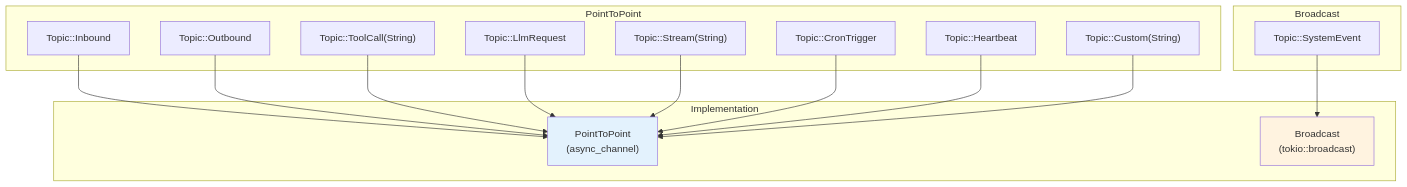
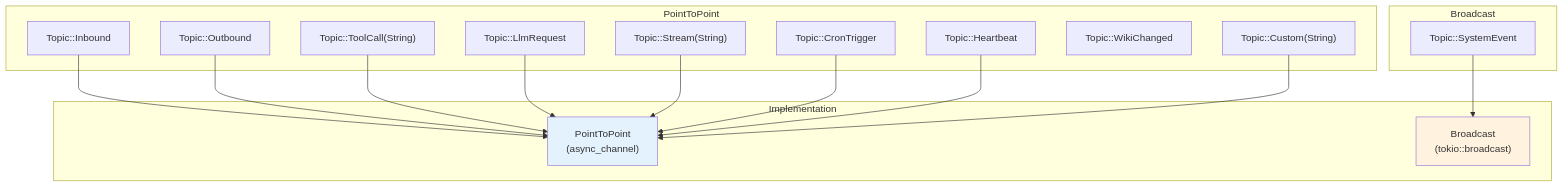
The first of 2 diagrams in docs/broker-module-design-en.md (yeheng/nanobot-rs), drawn with Mermaid before and after one commit. The commit also changed 41 other files, not shown here.

````diff
--- a/docs/broker-module-design-en.md
+++ b/docs/broker-module-design-en.md
@@ -79,35 +79,36 @@
 ```mermaid
 flowchart TB
     subgraph PointToPoint
         TI["Topic::Inbound"]
         TO["Topic::Outbound"]
         TC["Topic::ToolCall(String)"]
         LR["Topic::LlmRequest"]
         ST["Topic::Stream(String)"]
         CT["Topic::CronTrigger"]
         HB["Topic::Heartbeat"]
+        WC["Topic::WikiChanged"]
         CU["Topic::Custom(String)"]
     end
 
     subgraph Broadcast
         SE["Topic::SystemEvent"]
     end
 
     subgraph Implementation
         P2P["PointToPoint<br/>(async_channel)"]
         BC["Broadcast<br/>(tokio::broadcast)"]
     end
 
     TI --> P2P
     TO --> P2P
     TC --> P2P
     LR --> P2P
     ST --> P2P
     CT --> P2P
     HB --> P2P
     CU --> P2P
     SE --> BC
 
     style P2P fill:#E3F2FD
     style BC fill:#FFF3E0
 ```
````
